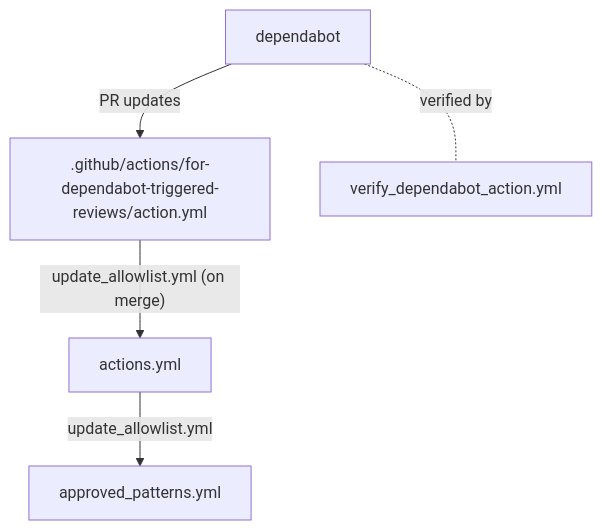
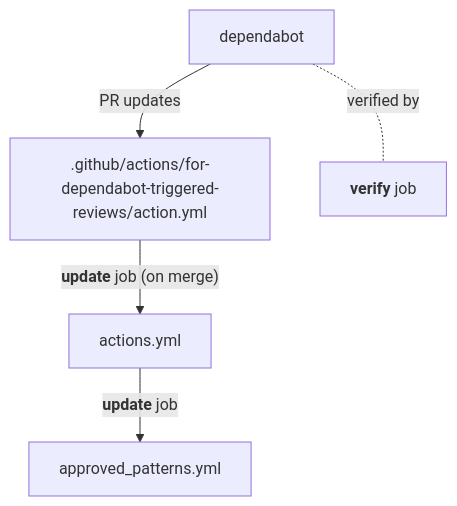
One commit to apache/infrastructure-actions changed the third of 4 diagrams in README.md. Above: the diagram before and after it, drawn with Mermaid. The commit also changed other lines of this file and 2 other files, not shown here.

First line of the commit message:
workflows: inline approved-cap check, drop PAT, consolidate check_approved_limit.yml

````diff
--- a/README.md
+++ b/README.md
@@ -184,7 +182,7 @@
 ```mermaid
 graph TD;
     dependabot--"PR updates"-->composite[".github/actions/for-dependabot-triggered-reviews/action.yml"]
-    dependabot-.verified by.-verify["verify_dependabot_action.yml"]
-    composite--"update_allowlist.yml (on merge)"-->actions.yml
-    actions.yml--"update_allowlist.yml"-->approved["approved_patterns.yml"]
+    dependabot-.verified by.-verify["<b>verify</b> job"]
+    composite--"<b>update</b> job (on merge)"-->actions.yml
+    actions.yml--"<b>update</b> job"-->approved["approved_patterns.yml"]
 ```
````
